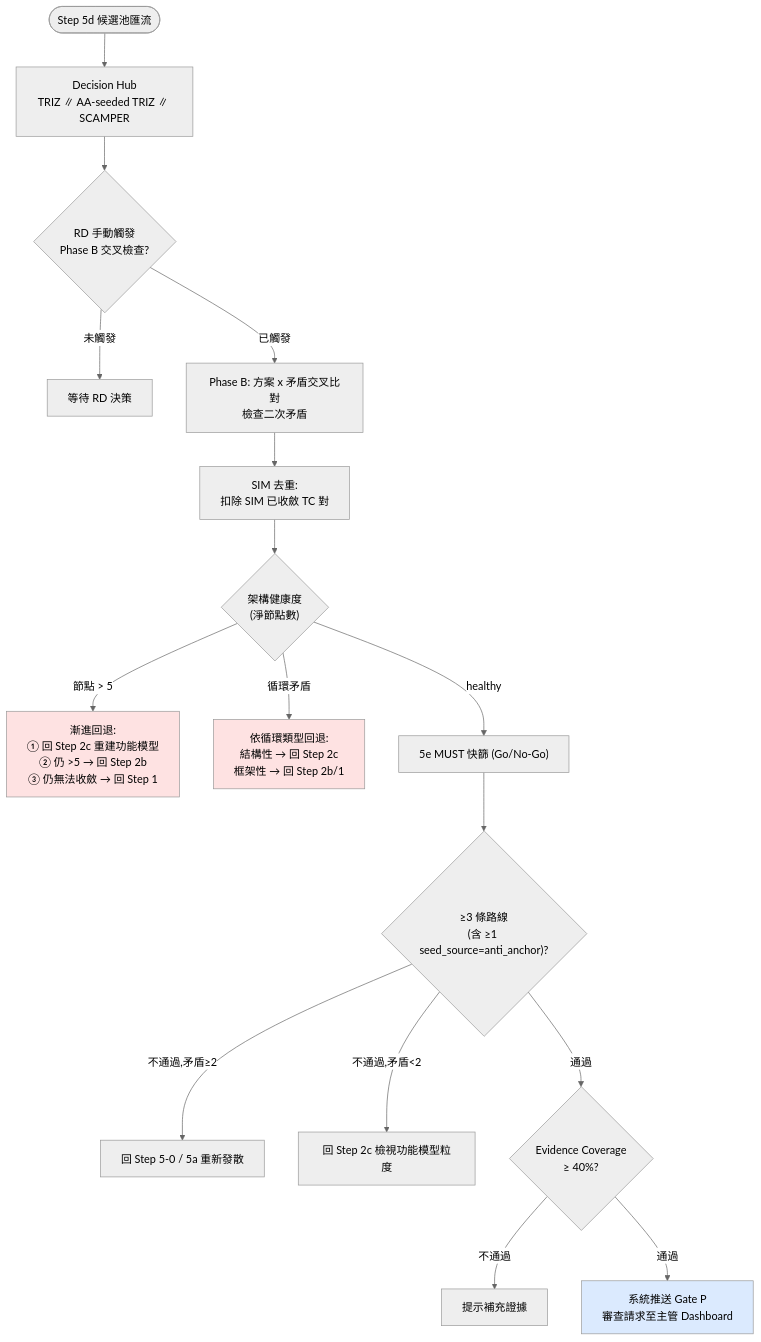
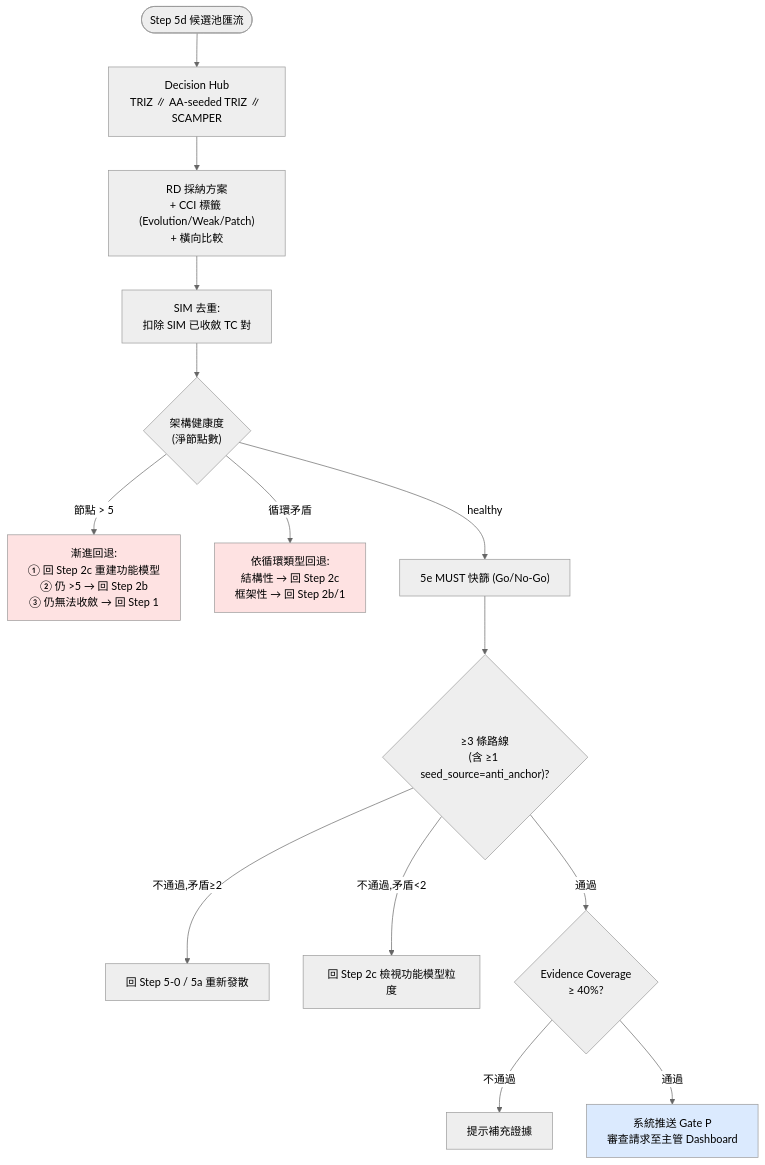
Before and after one commit to Zenobia0000/RD_copilot_system: the fourth of 5 diagrams in docs/01-define/E3--system-interaction-flow.md, drawn with Mermaid (neutral theme). The commit also changed other lines of this file and 10 other files, not shown here.

First line of the commit message:
docs: Phase B 完整退役 — SIM + CCI 前置覆蓋 (v9)

````diff
--- a/docs/01-define/E3--system-interaction-flow.md
+++ b/docs/01-define/E3--system-interaction-flow.md
@@ -253,24 +254,22 @@
 ```mermaid
 flowchart TD
     Start(["Step 5d 候選池匯流"]) --> Hub["Decision Hub<br/>TRIZ ∥ AA-seeded TRIZ ∥ SCAMPER"]
-    Hub --> PhB{"RD 手動觸發<br/>Phase B 交叉檢查?"}
-    PhB -->|未觸發| Wait["等待 RD 決策"]
-    PhB -->|已觸發| Conv["Phase B: 方案 x 矛盾交叉比對<br/>檢查二次矛盾"]
+    Hub --> Adopt["RD 採納方案<br/>+ CCI 標籤 (Evolution/Weak/Patch)<br/>+ 橫向比較"]
 
-    Conv --> SimDedup["SIM 去重:<br/>扣除 SIM 已收斂 TC 對"]
+    Adopt --> SimDedup["SIM 去重:<br/>扣除 SIM 已收斂 TC 對"]
     SimDedup --> Heat{"架構健康度<br/>(淨節點數)"}
     Heat -->|節點 > 5| Halt1["漸進回退:<br/>① 回 Step 2c 重建功能模型<br/>② 仍 >5 → 回 Step 2b<br/>③ 仍無法收斂 → 回 Step 1"]
     Heat -->|循環矛盾| Halt2["依循環類型回退:<br/>結構性 → 回 Step 2c<br/>框架性 → 回 Step 2b/1"]
     Heat -->|healthy| MUST["5e MUST 快篩 (Go/No-Go)"]
 
     MUST --> RouteCheck{"≥3 條路線<br/>(含 ≥1 seed_source=anti_anchor)?"}
     RouteCheck -->|不通過,矛盾≥2| Back["回 Step 5-0 / 5a 重新發散"]
     RouteCheck -->|不通過,矛盾<2| Back2["回 Step 2c 檢視功能模型粒度"]
     RouteCheck -->|通過| EvCheck{"Evidence Coverage<br/>≥ 40%?"}
     EvCheck -->|不通過| BackEv["提示補充證據"]
     EvCheck -->|通過| Notify["系統推送 Gate P<br/>審查請求至主管 Dashboard"]
 
     style Halt1 fill:#FEE2E2
     style Halt2 fill:#FEE2E2
     style Notify fill:#DBEAFE
 ```
````
